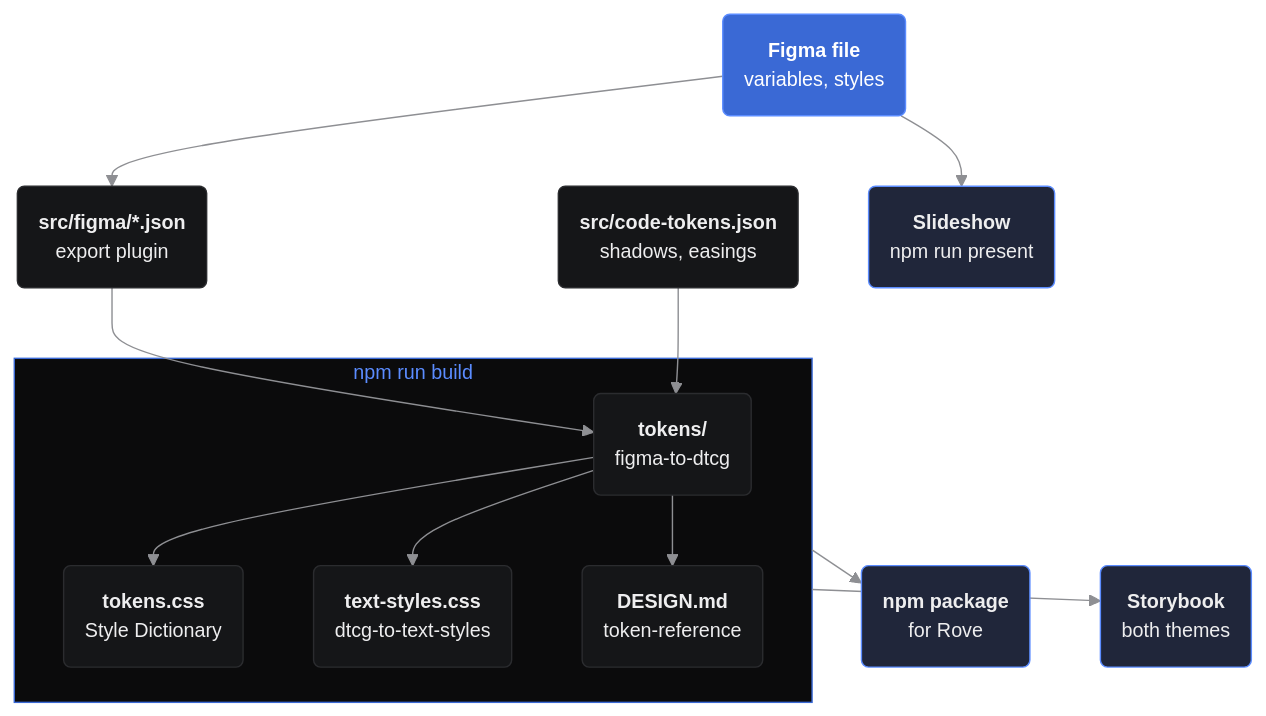
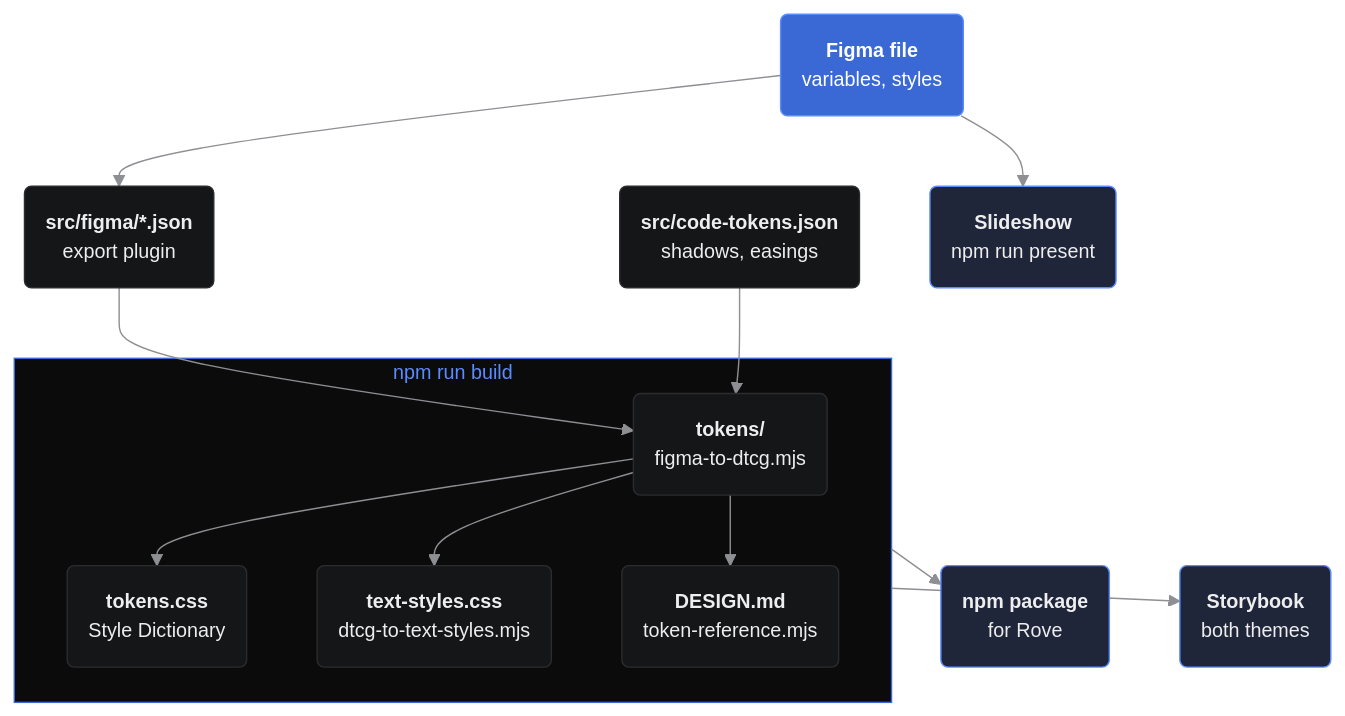
One commit to swiftsolve/rove-tokens changed the diagram in README.md. Above: the diagram before and after it, drawn with Mermaid.

Commit message:
docs: the chart's script labels end in .mjs, so they read as scripts

````diff
--- a/README.md
+++ b/README.md
@@ -41,27 +41,27 @@
 ```mermaid
 %%{init: {"themeCSS": ".cluster-label { translate: 236px 0; }", "theme": "base", "themeVariables": {"fontFamily": "Inter, -apple-system, Segoe UI, Helvetica, Arial, sans-serif", "fontSize": "14px", "primaryColor": "#151618", "primaryTextColor": "#eeeeef", "primaryBorderColor": "#2b2c2f", "lineColor": "#8e8f93", "clusterBkg": "#0b0b0c", "clusterBorder": "#3a69d5", "titleColor": "#5b8cff", "dropShadow": "none"}}}%%
 flowchart TD
   figma("<b>Figma file</b><br/>variables, styles"):::source
   exports("<b>src/figma/*.json</b><br/>export plugin"):::file
   code("<b>src/code‑tokens.json</b><br/>shadows, easings"):::file
   slides("<b>Slideshow</b><br/>npm run present"):::ship
 
   subgraph build ["npm run build"]
-    dtcg("<b>tokens/</b><br/>figma-to-dtcg"):::file
+    dtcg("<b>tokens/</b><br/>figma-to-dtcg.mjs"):::file
     css("<b>tokens.css</b><br/>Style Dictionary"):::file
-    textCss("<b>text-styles.css</b><br/>dtcg-to-text-styles"):::file
-    design("<b>DESIGN.md</b><br/>token-reference"):::file
+    textCss("<b>text-styles.css</b><br/>dtcg-to-text-styles.mjs"):::file
+    design("<b>DESIGN.md</b><br/>token-reference.mjs"):::file
   end
 
   pkg("<b>npm package</b><br/>for Rove"):::ship
   storybook("<b>Storybook</b><br/>both themes"):::ship
 
   figma --> exports & slides
   exports & code --> dtcg
   dtcg --> css & textCss & design
   build --> pkg & storybook
 
   classDef source fill:#3a69d5,stroke:#5b8cff,color:#ffffff
   classDef file fill:#151618,stroke:#2b2c2f,color:#eeeeef
   classDef ship fill:#20263a,stroke:#5b8cff,color:#eeeeef
 ```
````
